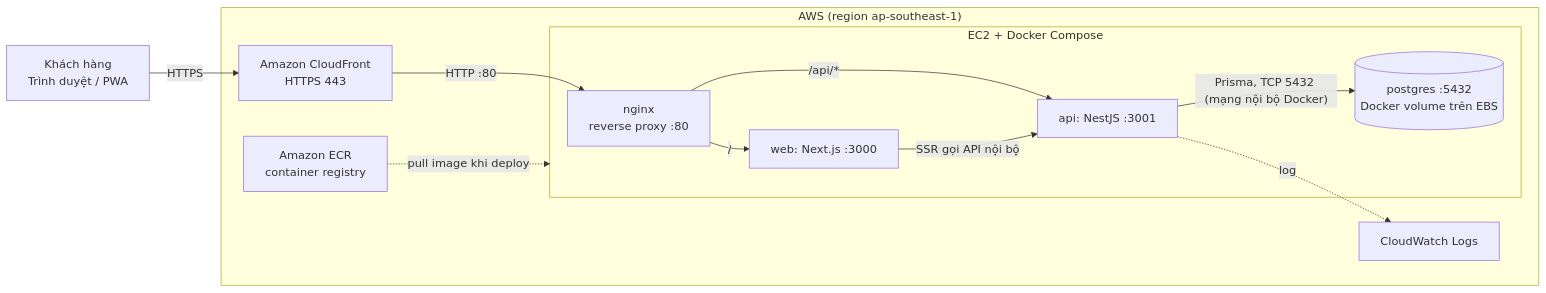
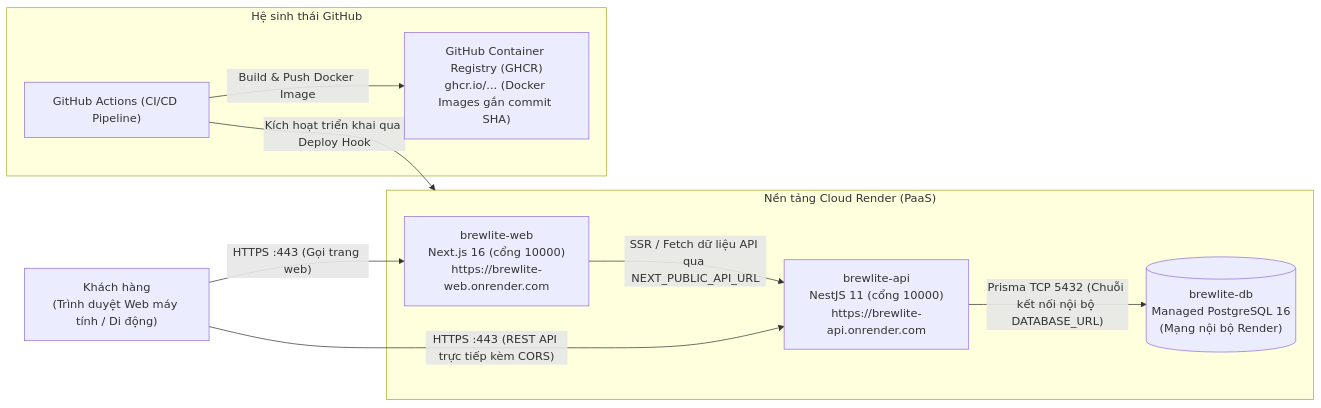
One commit to Thori2724/BrewLite-CNPM-nh-m-12 changed the second of 2 diagrams in docs/architecture/architecture.md. Above: the diagram before and after it, drawn with Mermaid. The commit also changed other lines of this file and 6 other files, not shown here.

Commit message:
docs(architecture): dong bo kien truc voi hop dong api va trien khai render

````diff
--- a/docs/architecture/architecture.md
+++ b/docs/architecture/architecture.md
@@ -45,25 +49,22 @@
 ```mermaid
 flowchart LR
-    U["Khách hàng<br/>Trình duyệt / PWA"]
+    U["Khách hàng<br/>(Trình duyệt Web máy tính / Di động)"]
 
-    subgraph AWS["AWS (region ap-southeast-1)"]
-        CF["Amazon CloudFront<br/>HTTPS 443"]
-        subgraph EC2["EC2 + Docker Compose"]
-            NG["nginx<br/>reverse proxy :80"]
-            WEB["web: Next.js :3000"]
-            API["api: NestJS :3001"]
-            DB[("postgres :5432<br/>Docker volume trên EBS")]
-        end
-        ECR["Amazon ECR<br/>container registry"]
-        CW["CloudWatch Logs"]
+    subgraph RENDER["Nền tảng Cloud Render (PaaS)"]
+        WEB["brewlite-web<br/>Next.js 16 (cổng 10000)<br/>https://brewlite-web.onrender.com"]
+        API["brewlite-api<br/>NestJS 11 (cổng 10000)<br/>https://brewlite-api.onrender.com"]
+        DB[("brewlite-db<br/>Managed PostgreSQL 16<br/>(Mạng nội bộ Render)")]
     end
 
-    U -->|"HTTPS"| CF
-    CF -->|"HTTP :80"| NG
-    NG -->|"/"| WEB
-    NG -->|"/api/*"| API
-    WEB -->|"SSR gọi API nội bộ"| API
-    API -->|"Prisma, TCP 5432 (mạng nội bộ Docker)"| DB
-    API -.->|"log"| CW
-    ECR -.->|"pull image khi deploy"| EC2
+    subgraph GITHUB["Hệ sinh thái GitHub"]
+        GHCR["GitHub Container Registry (GHCR)<br/>ghcr.io/... (Docker Images gắn commit SHA)"]
+        GHA["GitHub Actions (CI/CD Pipeline)"]
+    end
+
+    U -->|"HTTPS :443 (Gọi trang web)"| WEB
+    U -->|"HTTPS :443 (REST API trực tiếp kèm CORS)"| API
+    WEB -->|"SSR / Fetch dữ liệu API qua NEXT_PUBLIC_API_URL"| API
+    API -->|"Prisma TCP 5432 (Chuỗi kết nối nội bộ DATABASE_URL)"| DB
+    GHA -->|"Build & Push Docker Image"| GHCR
+    GHA -->|"Kích hoạt triển khai qua Deploy Hook"| RENDER
 ```
````
